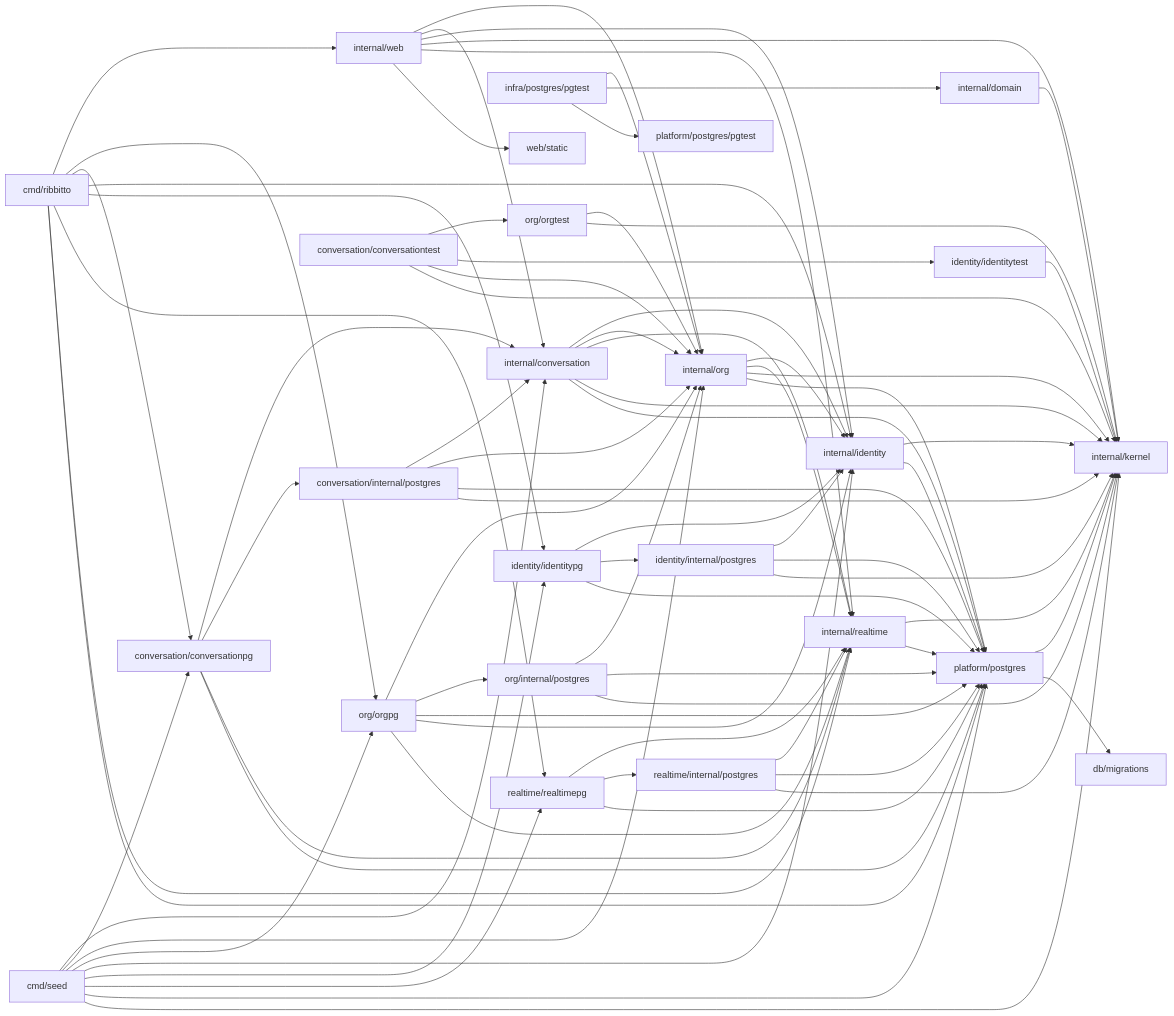
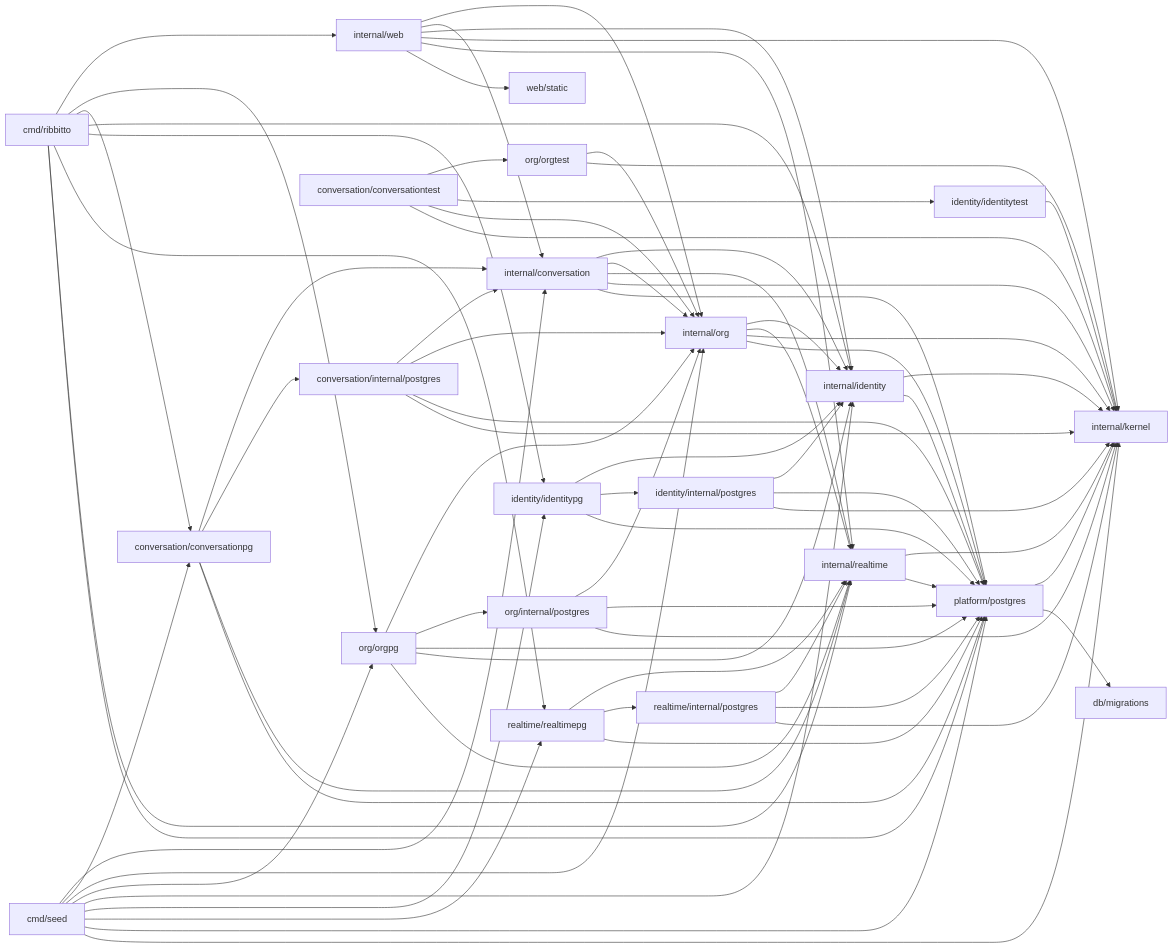
The diagram in docs/architecture/packages.md (tkakkie/ribbitto), drawn with Mermaid before and after one commit. The commit also changed other lines of this file and 18 other files, not shown here.

First line of the commit message:
refactor: delete internal/domain and internal/infra/postgres and close the migration

````diff
--- a/docs/architecture/packages.md
+++ b/docs/architecture/packages.md
@@ -43,24 +41,22 @@
 ```mermaid
 flowchart LR
   cmd[cmd/ribbitto] --> web & orgpg[org/orgpg] & conversationpg[conversation/conversationpg] & identity & identitypg[identity/identitypg] & realtimepg & realtime & platform[platform/postgres]
   seed[cmd/seed] --> conversation & conversationpg & org & orgpg & identity & identitypg & realtimepg & platform & kernel
   web[internal/web] --> org & conversation & identity & kernel & realtime & static[web/static]
-  postgres[infra/postgres/pgtest] --> org & domain & platformpgtest[platform/postgres/pgtest]
   conversationpg --> conversation[internal/conversation] & cstore[conversation/internal/postgres] & realtime & platform
   conversation --> identity & org & realtime & kernel & platform
   cstore --> conversation & org & platform & kernel
   conversationtest[conversation/conversationtest] --> orgtest[org/orgtest] & identitytest[identity/identitytest] & org & kernel
   orgtest --> org & kernel
   identitytest --> kernel
   realtime[internal/realtime] --> kernel & platform
   realtimepg[realtime/realtimepg] --> realtime & rstore[realtime/internal/postgres] & platform
   rstore --> realtime & platform & kernel
   org[internal/org] --> identity & realtime & kernel & platform
   orgpg --> org & ostore[org/internal/postgres] & platform & identity & realtime
   ostore --> org & platform & kernel
   identity[internal/identity] --> kernel & platform
   identitypg --> identity & store[identity/internal/postgres] & platform
   store --> identity & platform & kernel
-  domain[internal/domain] --> kernel[internal/kernel]
-  platform --> kernel & migrations[db/migrations]
+  platform --> kernel[internal/kernel] & migrations[db/migrations]
 ```
````
